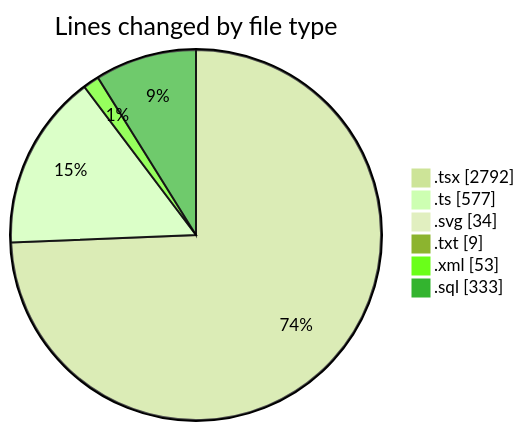
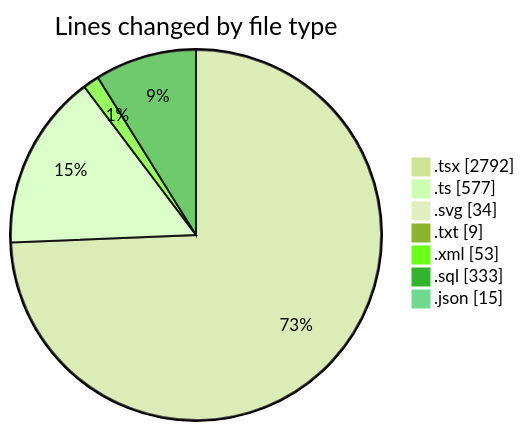
One commit to FixMe24/code-tracking changed the first of 2 diagrams in 2025-05-21/fixme24/README.md. Above: the diagram before and after it, drawn with Mermaid (forest theme). The commit also changed other lines of this file and 1 other file, not shown here.

````diff
--- a/2025-05-21/fixme24/README.md
+++ b/2025-05-21/fixme24/README.md
@@ -48,10 +49,11 @@
 ```mermaid
 pie showData
 title Lines changed by file type
 ".tsx" : 2792
 ".ts" : 577
 ".svg" : 34
 ".txt" : 9
 ".xml" : 53
 ".sql" : 333
+".json" : 15
 ```
````
